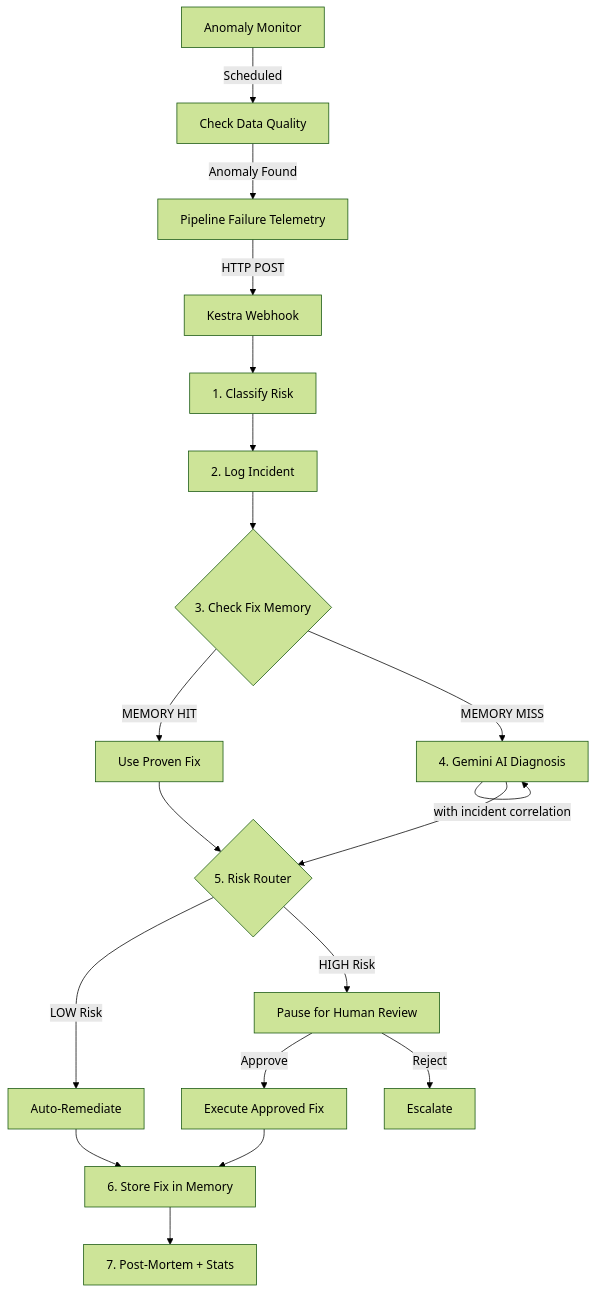
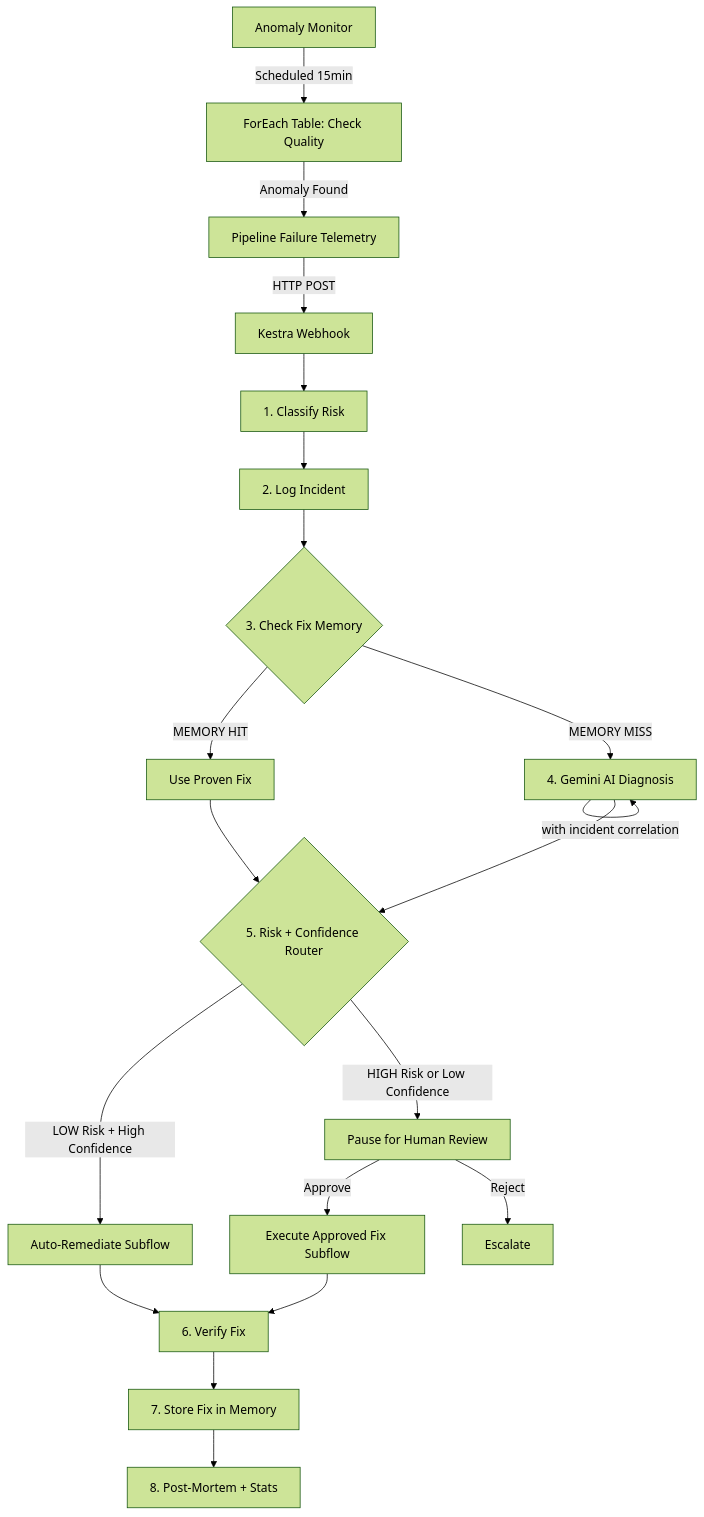
Before and after one commit to deemanth05/KESTRA-AEGIS: the diagram in README.md, drawn with Mermaid (forest theme). The commit also changed other lines of this file and 12 other files, not shown here.

````diff
--- a/README.md
+++ b/README.md
@@ -28,29 +47,30 @@
 ```mermaid
 graph TD
     A[Pipeline Failure Telemetry] -->|HTTP POST| B[Kestra Webhook]
     B --> C[1. Classify Risk]
     C --> D[2. Log Incident]
     D --> E{3. Check Fix Memory}
     
     E -->|MEMORY HIT| F[Use Proven Fix]
     E -->|MEMORY MISS| G[4. Gemini AI Diagnosis]
     
     G -->|with incident correlation| G
     
-    F --> H{5. Risk Router}
+    F --> H{5. Risk + Confidence Router}
     G --> H
     
-    H -->|LOW Risk| I[Auto-Remediate]
-    H -->|HIGH Risk| J[Pause for Human Review]
+    H -->|LOW Risk + High Confidence| I[Auto-Remediate Subflow]
+    H -->|HIGH Risk or Low Confidence| J[Pause for Human Review]
     
-    J -->|Approve| K[Execute Approved Fix]
+    J -->|Approve| K[Execute Approved Fix Subflow]
     J -->|Reject| L[Escalate]
     
-    I --> M[6. Store Fix in Memory]
-    K --> M
+    I --> V[6. Verify Fix]
+    K --> V
+    V --> M[7. Store Fix in Memory]
     
-    M --> N[7. Post-Mortem + Stats]
+    M --> N[8. Post-Mortem + Stats]
     
-    O[Anomaly Monitor] -->|Scheduled| P[Check Data Quality]
+    O[Anomaly Monitor] -->|Scheduled 15min| P[ForEach Table: Check Quality]
     P -->|Anomaly Found| A
 ```
````
